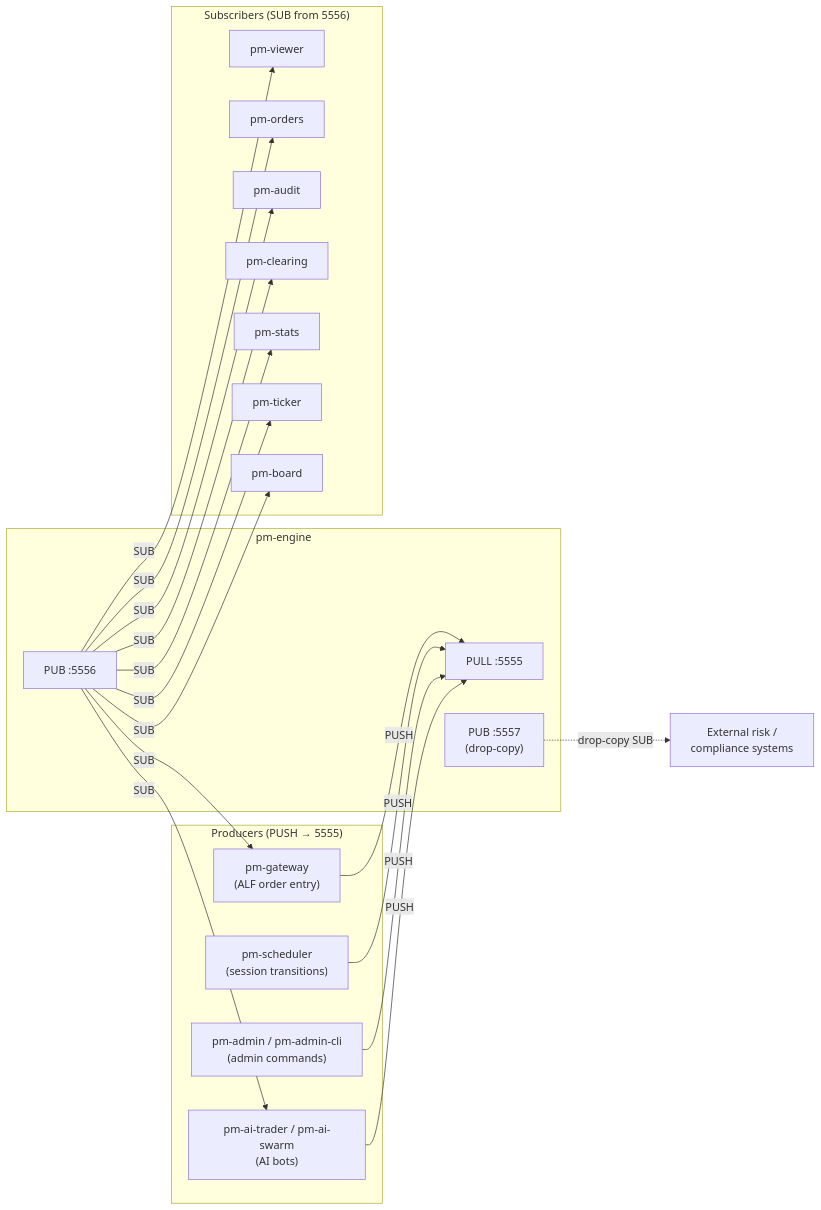
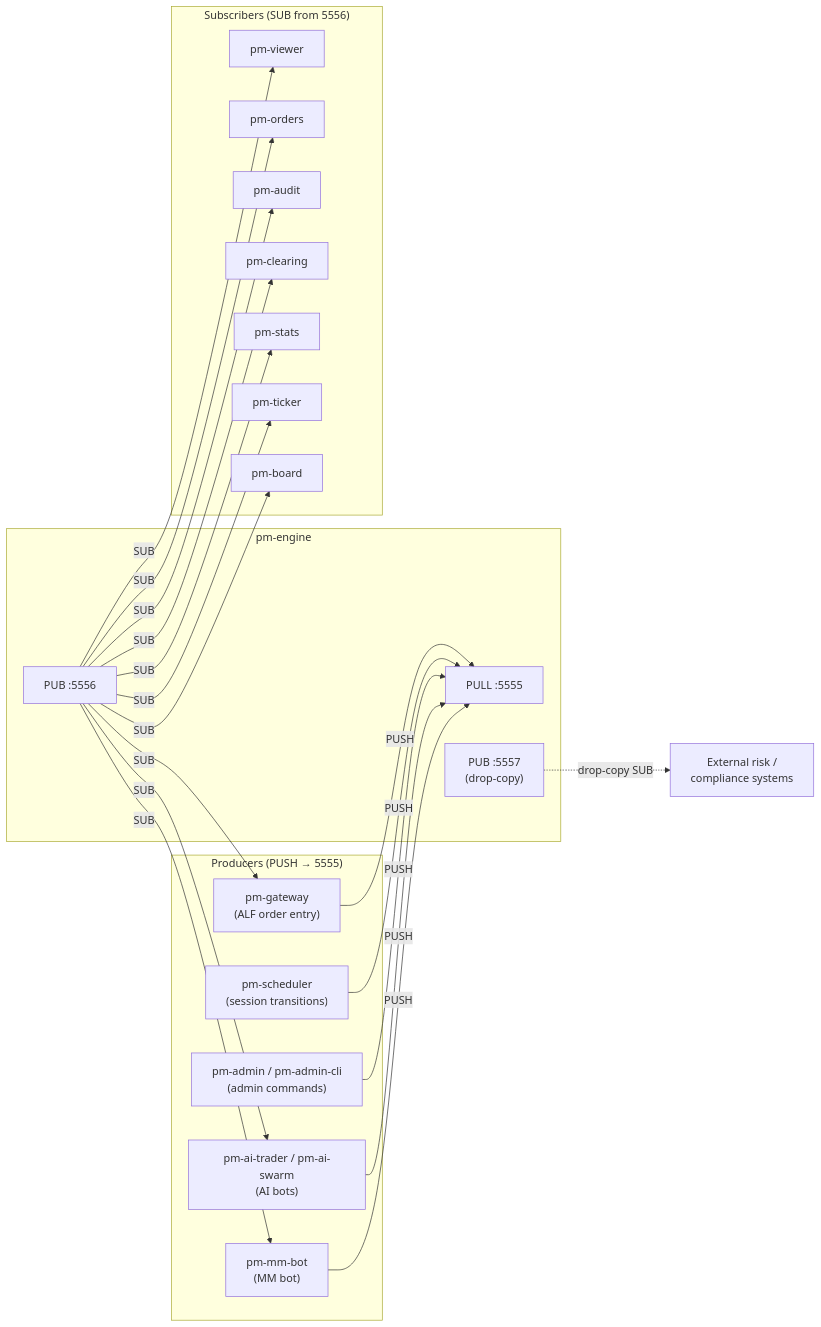
One commit to johan162/EduMatcher changed the first of 2 diagrams in docs/user-guide/10-processes.md. Above: the diagram before and after it, drawn with Mermaid. The commit also changed other lines of this file and 18 other files, not shown here.

````diff
--- a/docs/user-guide/10-processes.md
+++ b/docs/user-guide/10-processes.md
@@ -37,40 +37,43 @@
 ```mermaid
 flowchart LR
     subgraph producers["Producers (PUSH → 5555)"]
         GW["pm-gateway\n(ALF order entry)"]
         SCH["pm-scheduler\n(session transitions)"]
         ADM["pm-admin / pm-admin-cli\n(admin commands)"]
         AI["pm-ai-trader / pm-ai-swarm\n(AI bots)"]
+        MMB["pm-mm-bot\n(MM bot)"]
     end
 
     subgraph engine["pm-engine"]
         PULL["PULL :5555"]
         PUB["PUB :5556"]
         DC["PUB :5557\n(drop-copy)"]
     end
 
     subgraph subscribers["Subscribers (SUB from 5556)"]
         VW["pm-viewer"]
         ORD["pm-orders"]
         AUD["pm-audit"]
         CLR["pm-clearing"]
         STS["pm-stats"]
         TKR["pm-ticker"]
         BRD["pm-board"]
     end
 
     GW -->|PUSH| PULL
     SCH -->|PUSH| PULL
     ADM -->|PUSH| PULL
     AI -->|PUSH| PULL
+    MMB -->|PUSH| PULL
     PUB -->|SUB| GW
     PUB -->|SUB| VW
     PUB -->|SUB| ORD
     PUB -->|SUB| AUD
     PUB -->|SUB| CLR
     PUB -->|SUB| STS
     PUB -->|SUB| TKR
     PUB -->|SUB| BRD
     PUB -->|SUB| AI
+    PUB -->|SUB| MMB
     DC -.->|drop-copy SUB| EXT["External risk /\ncompliance systems"]
 ```
````
